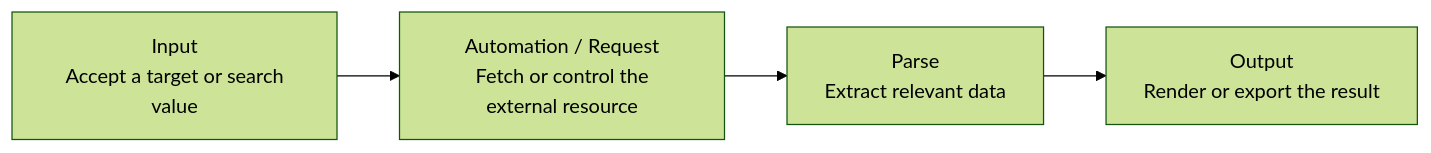
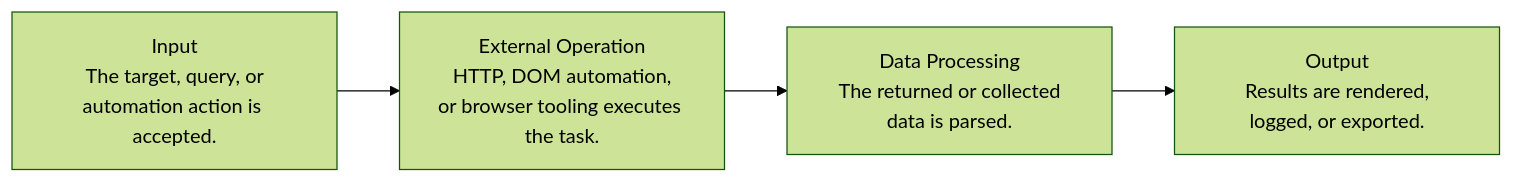
The diagram in README.md (Kanishq10/Auto_apply_Link), drawn with Mermaid (forest theme) before and after one commit. The commit also changed other lines of this file, not shown here.

````diff
--- a/README.md
+++ b/README.md
@@ -15,10 +24,10 @@
 ```mermaid
 flowchart LR
-    N0["Input<br/> Accept a target or search value"]
-    N1["Automation / Request<br/> Fetch or control the external resource"]
+    N0["Input<br/> The target, query, or automation action is accepted."]
+    N1["External Operation<br/> HTTP, DOM automation, or browser tooling executes the task."]
+    N2["Data Processing<br/> The returned or collected data is parsed."]
+    N3["Output<br/> Results are rendered, logged, or exported."]
     N0 --> N1
-    N2["Parse<br/> Extract relevant data"]
     N1 --> N2
-    N3["Output<br/> Render or export the result"]
     N2 --> N3
 ```
````
